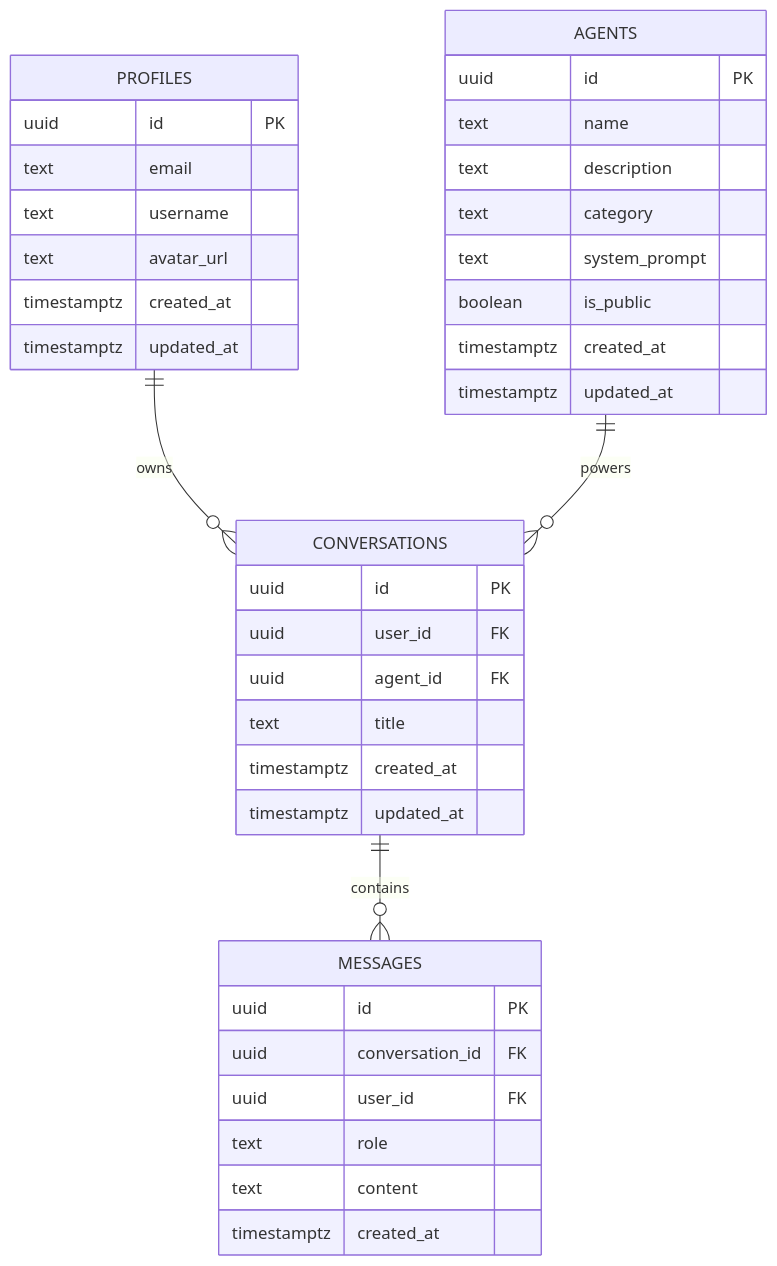
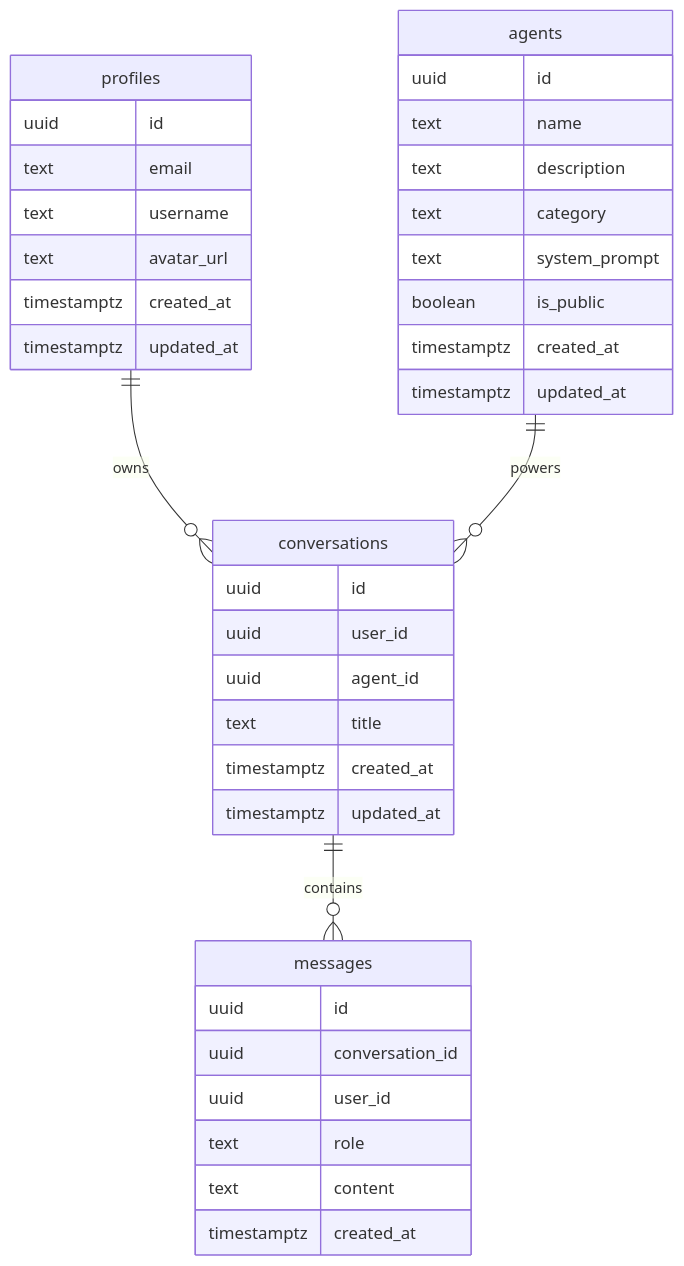
One commit to telitor/SciCopilot changed the third of 5 diagrams in README.md. Above: the diagram before and after it, drawn with Mermaid. The commit also changed other lines of this file and 8 other files, not shown here.

````diff
--- a/README.md
+++ b/README.md
@@ -358,44 +237,44 @@
 ```mermaid
 erDiagram
-    PROFILES {
-        uuid id PK
+    profiles {
+        uuid id
         text email
         text username
         text avatar_url
         timestamptz created_at
         timestamptz updated_at
     }
 
-    AGENTS {
-        uuid id PK
+    agents {
+        uuid id
         text name
         text description
         text category
         text system_prompt
         boolean is_public
         timestamptz created_at
         timestamptz updated_at
     }
 
-    CONVERSATIONS {
-        uuid id PK
-        uuid user_id FK
-        uuid agent_id FK
+    conversations {
+        uuid id
+        uuid user_id
+        uuid agent_id
         text title
         timestamptz created_at
         timestamptz updated_at
     }
 
-    MESSAGES {
-        uuid id PK
-        uuid conversation_id FK
-        uuid user_id FK
+    messages {
+        uuid id
+        uuid conversation_id
+        uuid user_id
         text role
         text content
         timestamptz created_at
     }
 
-    PROFILES ||--o{ CONVERSATIONS : owns
-    AGENTS ||--o{ CONVERSATIONS : powers
-    CONVERSATIONS ||--o{ MESSAGES : contains
+    profiles ||--o{ conversations : owns
+    agents ||--o{ conversations : powers
+    conversations ||--o{ messages : contains
 ```
````
